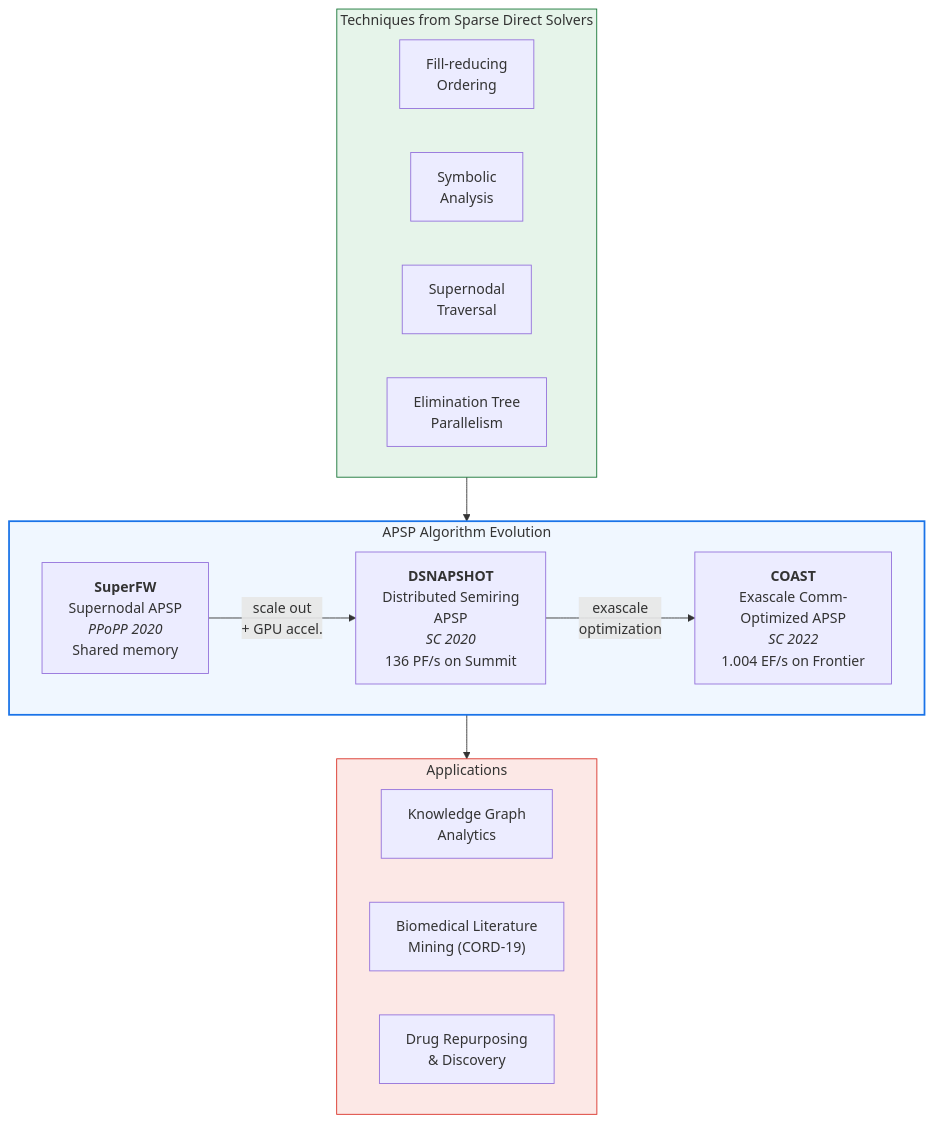
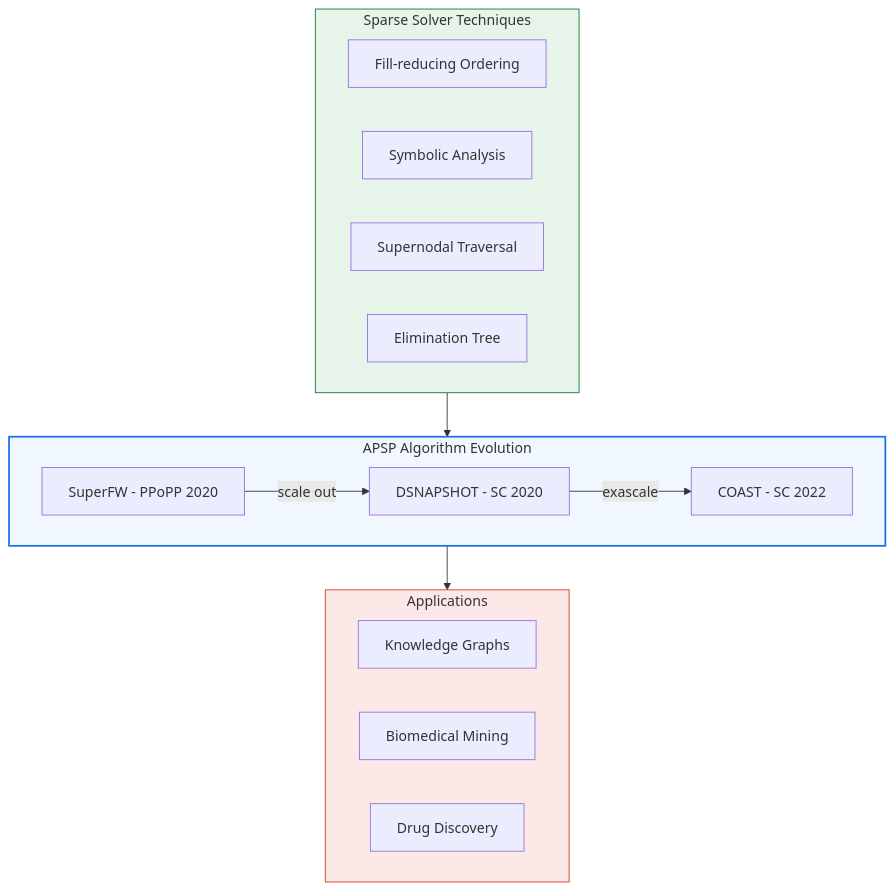
The diagram in _projects/6_knowledgegraphs.md (piyush314/piyush314.github.io), drawn with Mermaid before and after one commit. The commit also changed 5 other files, not shown here.

First line of the commit message:
fix: simplify mermaid labels to plain text for rendering

````diff
--- a/_projects/6_knowledgegraphs.md
+++ b/_projects/6_knowledgegraphs.md
@@ -22,34 +22,32 @@
 ```mermaid
 graph TB
-    subgraph Evolution["APSP Algorithm Evolution"]
+    subgraph Evolution[APSP Algorithm Evolution]
         direction LR
-
-        S1["<b>SuperFW</b><br/>Supernodal APSP<br/><i>PPoPP 2020</i><br/>Shared memory"]
-        S2["<b>DSNAPSHOT</b><br/>Distributed Semiring<br/>APSP<br/><i>SC 2020</i><br/>136 PF/s on Summit"]
-        S3["<b>COAST</b><br/>Exascale Comm-<br/>Optimized APSP<br/><i>SC 2022</i><br/>1.004 EF/s on Frontier"]
-
-        S1 -->|"scale out<br/>+ GPU accel."| S2
-        S2 -->|"exascale<br/>optimization"| S3
+        S1[SuperFW - PPoPP 2020]
+        S2[DSNAPSHOT - SC 2020]
+        S3[COAST - SC 2022]
+        S1 -->|scale out| S2
+        S2 -->|exascale| S3
     end
 
-    subgraph Techniques["Techniques from Sparse Direct Solvers"]
-        T1["Fill-reducing<br/>Ordering"]
-        T2["Symbolic<br/>Analysis"]
-        T3["Supernodal<br/>Traversal"]
-        T4["Elimination Tree<br/>Parallelism"]
+    subgraph Techniques[Sparse Solver Techniques]
+        T1[Fill-reducing Ordering]
+        T2[Symbolic Analysis]
+        T3[Supernodal Traversal]
+        T4[Elimination Tree]
     end
 
     Techniques --> S1
 
-    subgraph Applications["Applications"]
-        KG["Knowledge Graph<br/>Analytics"]
-        BM["Biomedical Literature<br/>Mining (CORD-19)"]
-        DR["Drug Repurposing<br/>& Discovery"]
+    subgraph Applications
+        KG[Knowledge Graphs]
+        BM[Biomedical Mining]
+        DR[Drug Discovery]
     end
 
     S3 --> Applications
 
     style Evolution fill:#f0f7ff,stroke:#1a73e8,stroke-width:2px
     style Techniques fill:#e6f4ea,stroke:#137333
     style Applications fill:#fce8e6,stroke:#d93025
 ```
````
